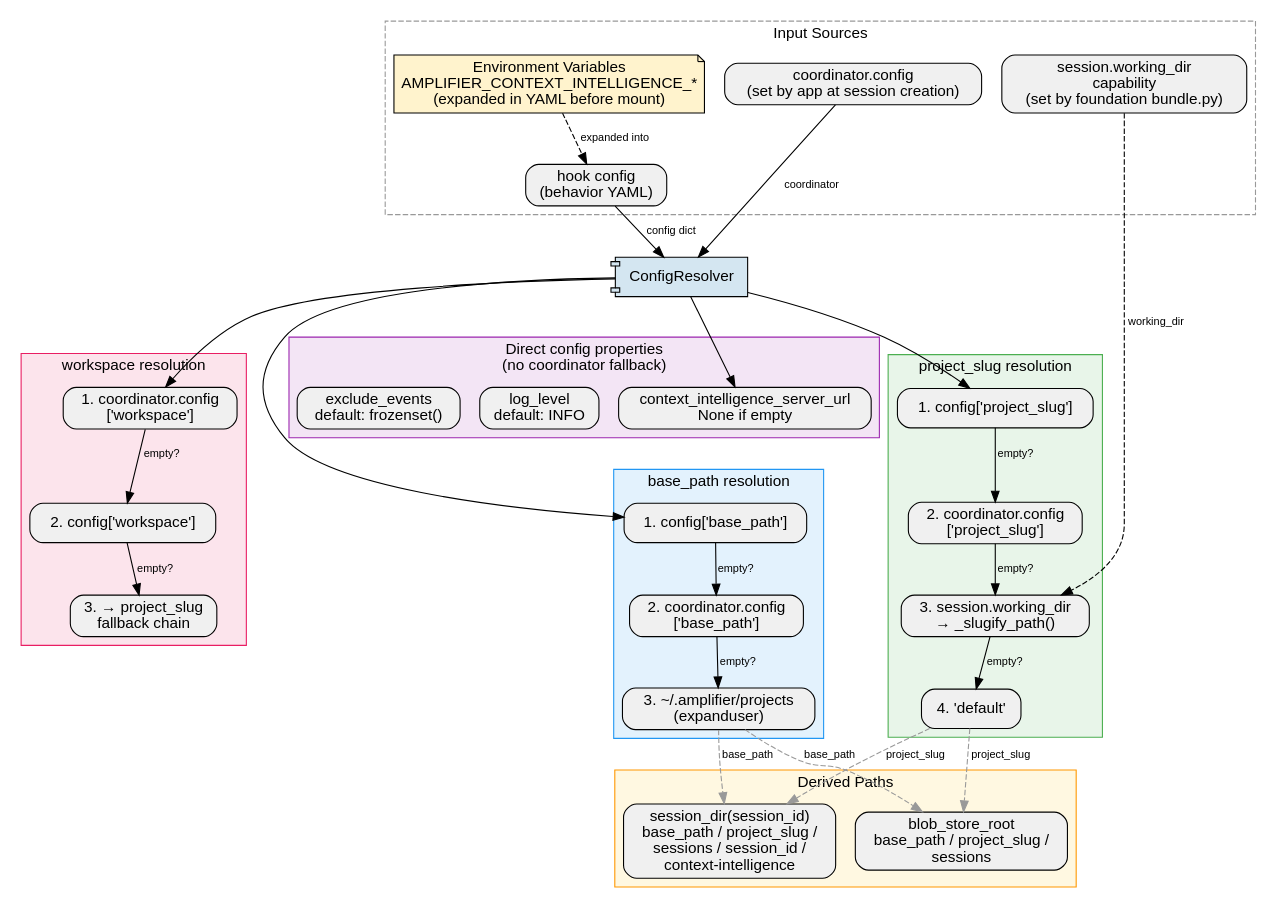
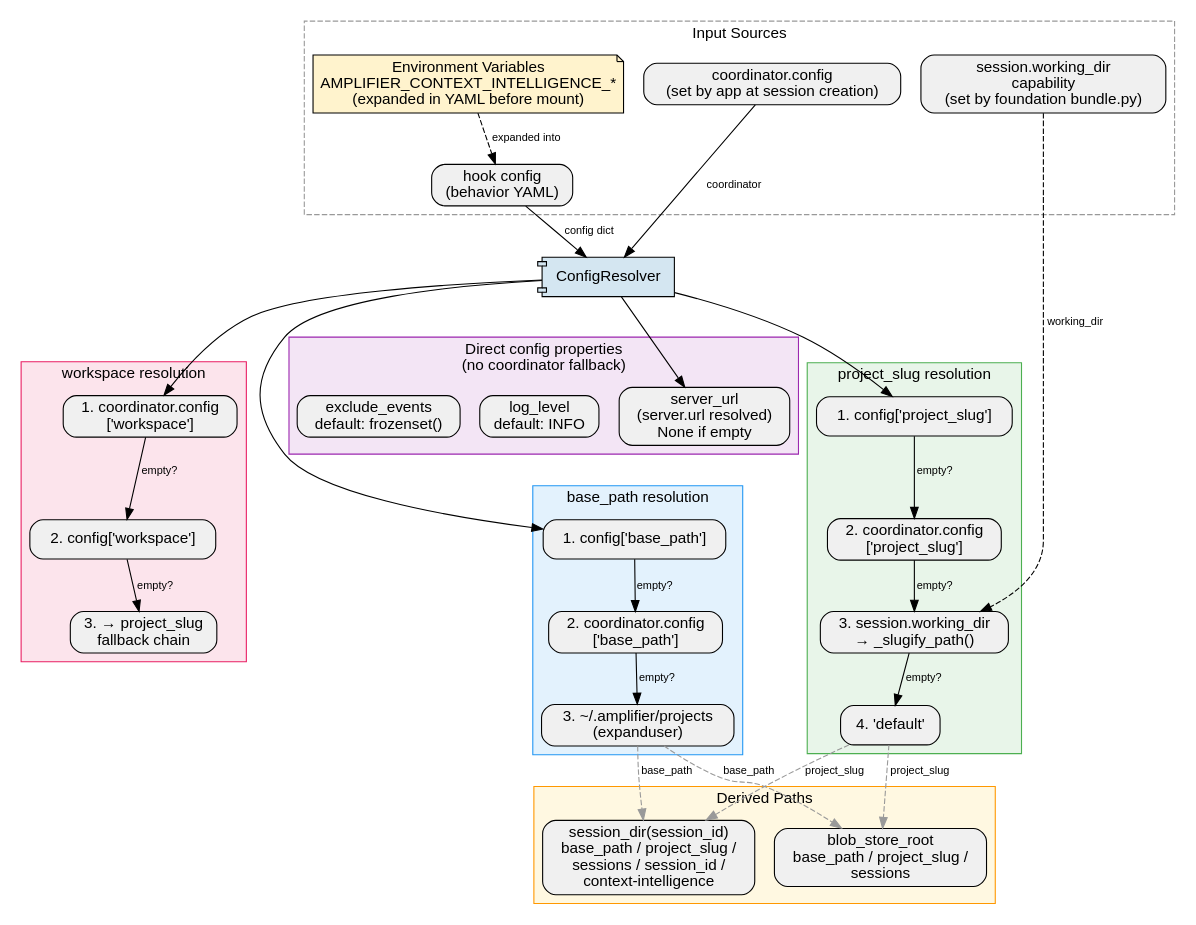
One commit to microsoft/amplifier-bundle-context-intelligence changed the diagram in context/config-resolution.dot. Above: the diagram before and after it, drawn with Graphviz. The commit also changed 5 other files, not shown here.

First line of the commit message:
docs: fix stale context_intelligence_server references in docs, agents, skills, and diagram

```diff
--- a/context/config-resolution.dot
+++ b/context/config-resolution.dot
@@ -1,118 +1,118 @@
 // ConfigResolver — lazy fallback chain for hook configuration values.
 //
 // Each property is resolved on first access and cached.
 // Empty strings in config are treated as absent and fall through
 // to the next source in the chain (standard or-chain falsy semantics).
 //
 // Render: dot -Tsvg config-resolution.dot -o config-resolution.svg
 
 digraph ConfigResolver {
     rankdir=TB;
     fontname="Helvetica";
     node [fontname="Helvetica", shape=box, style="rounded,filled", fillcolor="#f0f0f0"];
     edge [fontname="Helvetica", fontsize=10];
 
     // --- Central node ---
     resolver [label="ConfigResolver", shape=component, fillcolor="#d4e6f1", style="filled"];
 
     // --- Input sources ---
     subgraph cluster_inputs {
         label="Input Sources";
         style=dashed;
         color="#999999";
 
         hook_config [label="hook config\n(behavior YAML)"];
         coord_config [label="coordinator.config\n(set by app at session creation)"];
         session_cap [label="session.working_dir\ncapability\n(set by foundation bundle.py)"];
         env_vars [label="Environment Variables\nAMPLIFIER_CONTEXT_INTELLIGENCE_*\n(expanded in YAML before mount)", shape=note, fillcolor="#fff3cd"];
     }
 
     env_vars -> hook_config [label="expanded into", style=dashed];
 
     // --- project_slug resolution ---
     subgraph cluster_project_slug {
         label="project_slug resolution";
         style=filled;
         fillcolor="#e8f5e9";
         color="#4caf50";
 
         ps_config [label="1. config['project_slug']"];
         ps_coord [label="2. coordinator.config\n['project_slug']"];
         ps_working_dir [label="3. session.working_dir\n→ _slugify_path()"];
         ps_default [label="4. 'default'"];
 
         ps_config -> ps_coord [label="empty?"];
         ps_coord -> ps_working_dir [label="empty?"];
         ps_working_dir -> ps_default [label="empty?"];
     }
 
     // --- base_path resolution ---
     subgraph cluster_base_path {
         label="base_path resolution";
         style=filled;
         fillcolor="#e3f2fd";
         color="#2196f3";
 
         bp_config [label="1. config['base_path']"];
         bp_coord [label="2. coordinator.config\n['base_path']"];
         bp_default [label="3. ~/.amplifier/projects\n(expanduser)"];
 
         bp_config -> bp_coord [label="empty?"];
         bp_coord -> bp_default [label="empty?"];
     }
 
     // --- workspace resolution ---
     subgraph cluster_workspace {
         label="workspace resolution";
         style=filled;
         fillcolor="#fce4ec";
         color="#e91e63";
 
         ws_coord [label="1. coordinator.config\n['workspace']"];
         ws_config [label="2. config['workspace']"];
         ws_slug [label="3. → project_slug\nfallback chain"];
 
         ws_coord -> ws_config [label="empty?"];
         ws_config -> ws_slug [label="empty?"];
     }
 
     // --- Simple properties (no fallback chain) ---
     subgraph cluster_simple {
         label="Direct config properties\n(no coordinator fallback)";
         style=filled;
         fillcolor="#f3e5f5";
         color="#9c27b0";
 
-        server_url [label="context_intelligence_server_url\nNone if empty"];
+        server_url [label="server_url\n(server.url resolved)\nNone if empty"];
         log_level [label="log_level\ndefault: INFO"];
         exclude [label="exclude_events\ndefault: frozenset()"];
     }
 
     // --- Derived paths ---
     subgraph cluster_derived {
         label="Derived Paths";
         style=filled;
         fillcolor="#fff8e1";
         color="#ff9800";
 
         session_dir [label="session_dir(session_id)\nbase_path / project_slug /\nsessions / session_id /\ncontext-intelligence"];
         blob_root [label="blob_store_root\nbase_path / project_slug /\nsessions"];
     }
 
     // --- Edges from resolver ---
     resolver -> ps_config [lhead=cluster_project_slug];
     resolver -> bp_config [lhead=cluster_base_path];
     resolver -> ws_coord [lhead=cluster_workspace];
     resolver -> server_url [lhead=cluster_simple];
 
     hook_config -> resolver [label="config dict"];
     coord_config -> resolver [label="coordinator"];
     session_cap -> ps_working_dir [label="working_dir", style=dashed];
 
     // --- Derived path dependencies ---
     ps_default -> session_dir [style=dashed, label="project_slug", color="#999999"];
     bp_default -> session_dir [style=dashed, label="base_path", color="#999999"];
     ps_default -> blob_root [style=dashed, label="project_slug", color="#999999"];
     bp_default -> blob_root [style=dashed, label="base_path", color="#999999"];
     ws_slug -> ws_coord [style=invis]; // layout hint
 }
```
